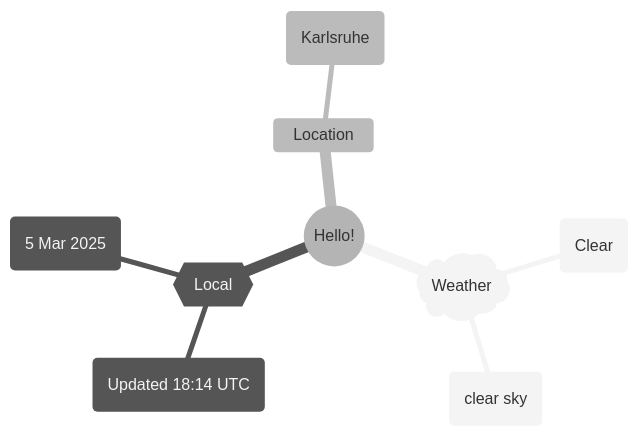
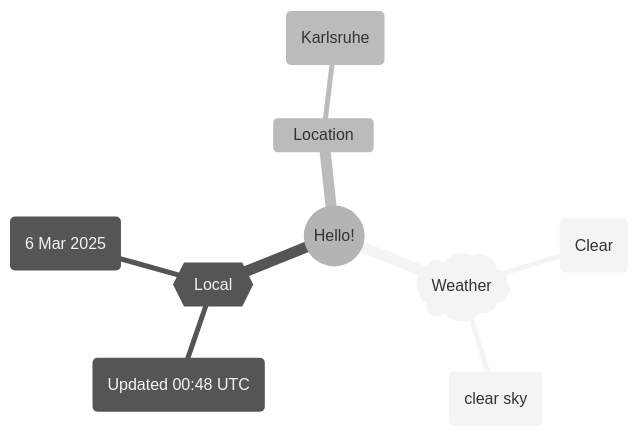
The first of 2 diagrams in README.md (Xosrov/Xosrov), drawn with Mermaid (neutral theme) before and after one commit.

Commit message:
[bot] updated images

````diff
--- a/README.md
+++ b/README.md
@@ -3,12 +3,12 @@
 ```mermaid
 mindmap
   root((Hello!))
     )Weather(
         (Clear)
         (clear sky)
     {{Local}}
-        (Updated 18:14 UTC)
-        (5 Mar 2025)
+        (Updated 00:48 UTC)
+        (6 Mar 2025)
     Location
         (Karlsruhe)
 ```
````
